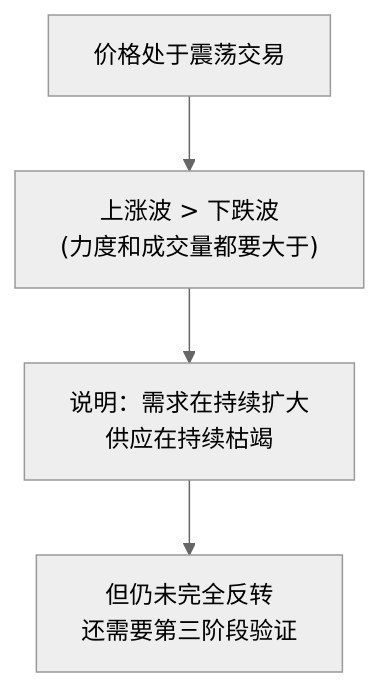
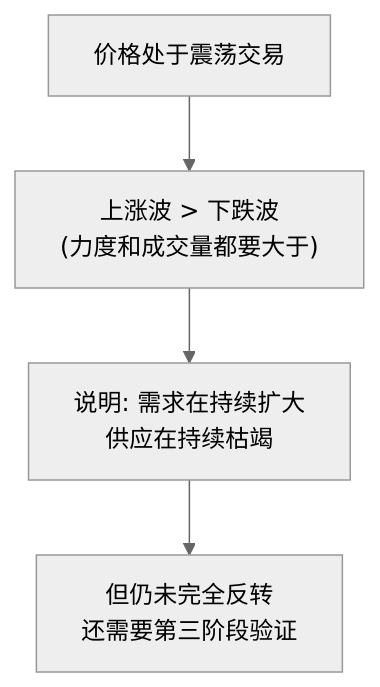
One commit to bigzhu/Wyckoff changed the second of 4 diagrams in docs/第二章_怎么知道主力机构开始接盘了/第三节_吸筹的第二阶段.md. Above: the diagram before and after it, drawn with Mermaid (neutral theme). The commit also changed other lines of this file and 3 other files, not shown here.

Commit message:
Refine Chapter 2 Sections 1-3: Terminology, Mermaid Syntax, and Layout

````diff
--- a/docs/第二章_怎么知道主力机构开始接盘了/第三节_吸筹的第二阶段.md
+++ b/docs/第二章_怎么知道主力机构开始接盘了/第三节_吸筹的第二阶段.md
@@ -36,6 +36,6 @@
 ```mermaid
 graph TD
     A[价格处于震荡交易] --> B["上涨波 > 下跌波<br>(力度和成交量都要大于)"]
-    B --> C[说明：需求在持续扩大<br>供应在持续枯竭]
-    C --> D[但仍未完全反转<br>还需要第三阶段验证]
+    B --> C["说明: 需求在持续扩大<br>供应在持续枯竭"]
+    C --> D["但仍未完全反转<br>还需要第三阶段验证"]
 ```
````
